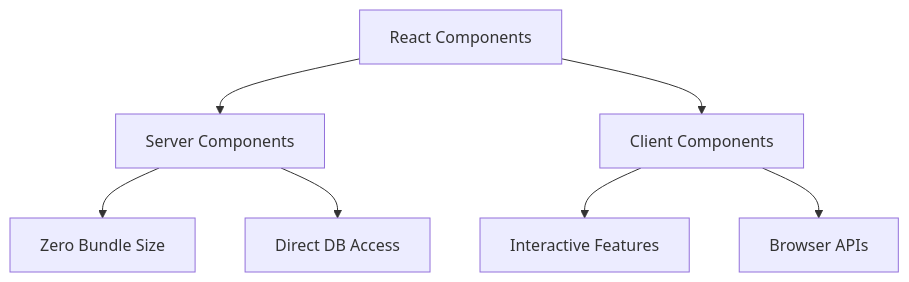
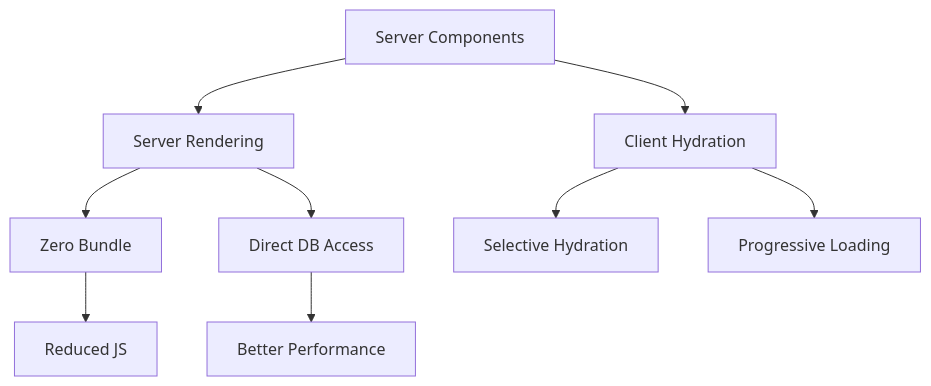
One commit to KRISACHAN/ying-web changed the first of 2 diagrams in apps/fe-docs/pages/interview/react/7-advanced-features.mdx. Above: the diagram before and after it, drawn with Mermaid. The commit also changed other lines of this file and 12 other files, not shown here.

````diff
--- a/apps/fe-docs/pages/interview/react/7-advanced-features.mdx
+++ b/apps/fe-docs/pages/interview/react/7-advanced-features.mdx
@@ -9,9 +9,11 @@
 ```mermaid
 graph TD
-    A[React Components] --> B[Server Components]
-    A --> C[Client Components]
-    B --> D[Zero Bundle Size]
+    A[Server Components] --> B[Server Rendering]
+    A --> C[Client Hydration]
+    B --> D[Zero Bundle]
     B --> E[Direct DB Access]
-    C --> F[Interactive Features]
-    C --> G[Browser APIs]
+    C --> F[Selective Hydration]
+    C --> G[Progressive Loading]
+    D --> H[Reduced JS]
+    E --> I[Better Performance]
 ```
````
